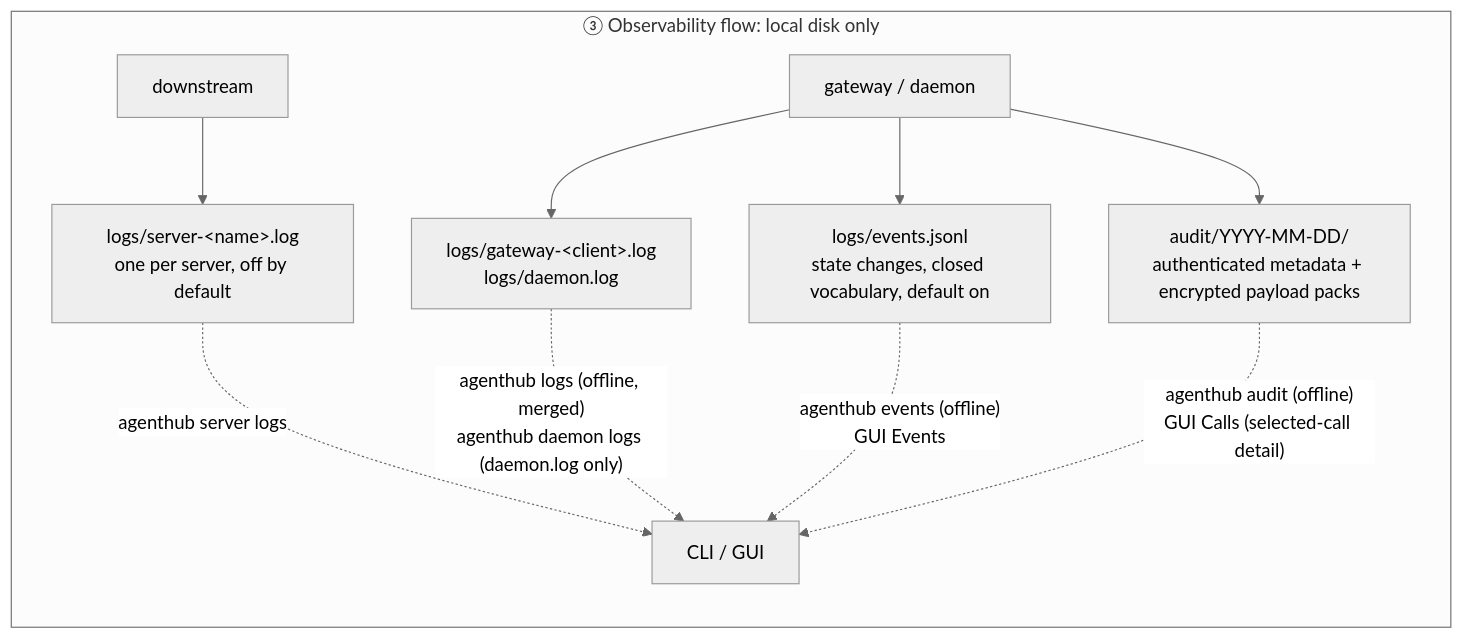
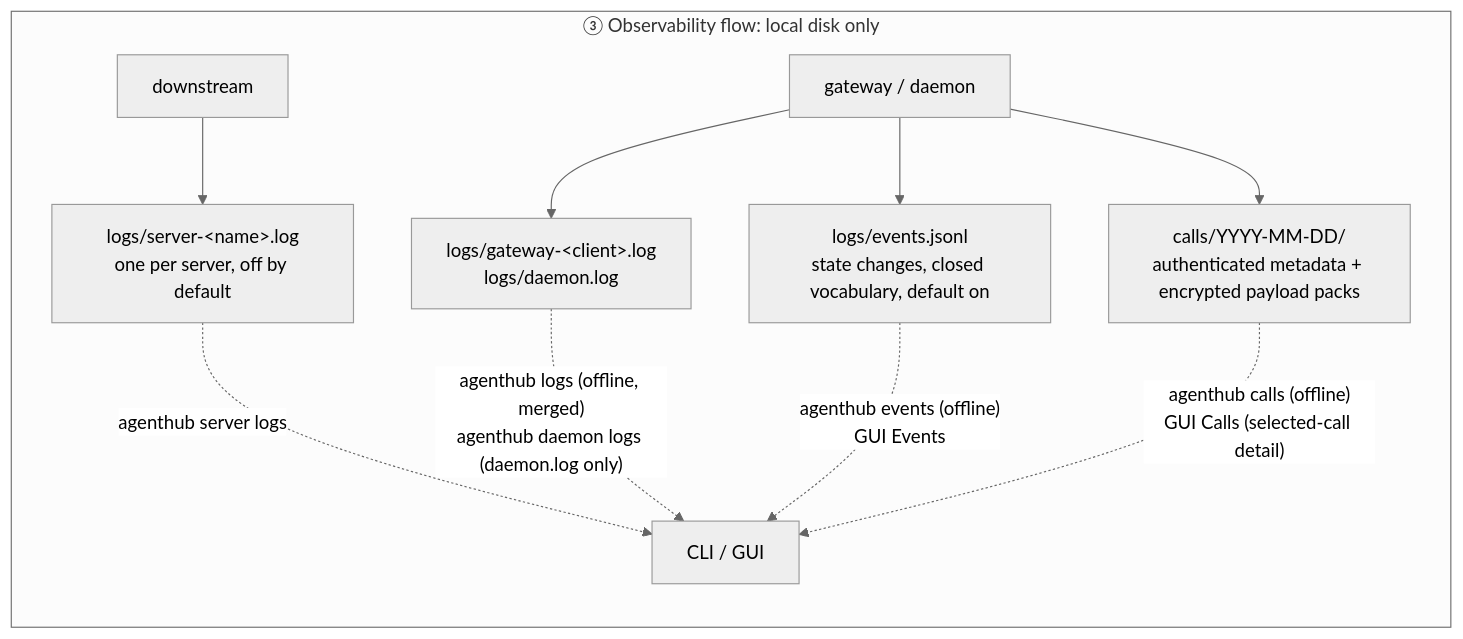
One commit to dinstein/agent-hub changed the sixth of 8 diagrams in docs/architecture.md. Above: the diagram before and after it, drawn with Mermaid (neutral theme). The commit also changed other lines of this file and 57 other files, not shown here.

````diff
--- a/docs/architecture.md
+++ b/docs/architecture.md
@@ -263,13 +263,13 @@
 ```mermaid
 flowchart LR
     subgraph obs["③ Observability flow: local disk only"]
         DSX["downstream"] --> A4["logs/server-&lt;name&gt;.log<br/>one per server, off by default"]
         GW["gateway / daemon"] --> A5["logs/gateway-&lt;client&gt;.log<br/>logs/daemon.log"]
         GW --> A7["logs/events.jsonl<br/>state changes, closed vocabulary, default on"]
-        GW --> A6["audit/YYYY-MM-DD/<br/>authenticated metadata + encrypted payload packs"]
+        GW --> A6["calls/YYYY-MM-DD/<br/>authenticated metadata + encrypted payload packs"]
         A4 -.->|"agenthub server logs"| F["CLI / GUI"]
         A5 -.->|"agenthub logs (offline, merged)<br/>agenthub daemon logs (daemon.log only)"| F
         A7 -.->|"agenthub events (offline)<br/>GUI Events"| F
-        A6 -.->|"agenthub audit (offline)<br/>GUI Calls (selected-call detail)"| F
+        A6 -.->|"agenthub calls (offline)<br/>GUI Calls (selected-call detail)"| F
     end
 ```
````
